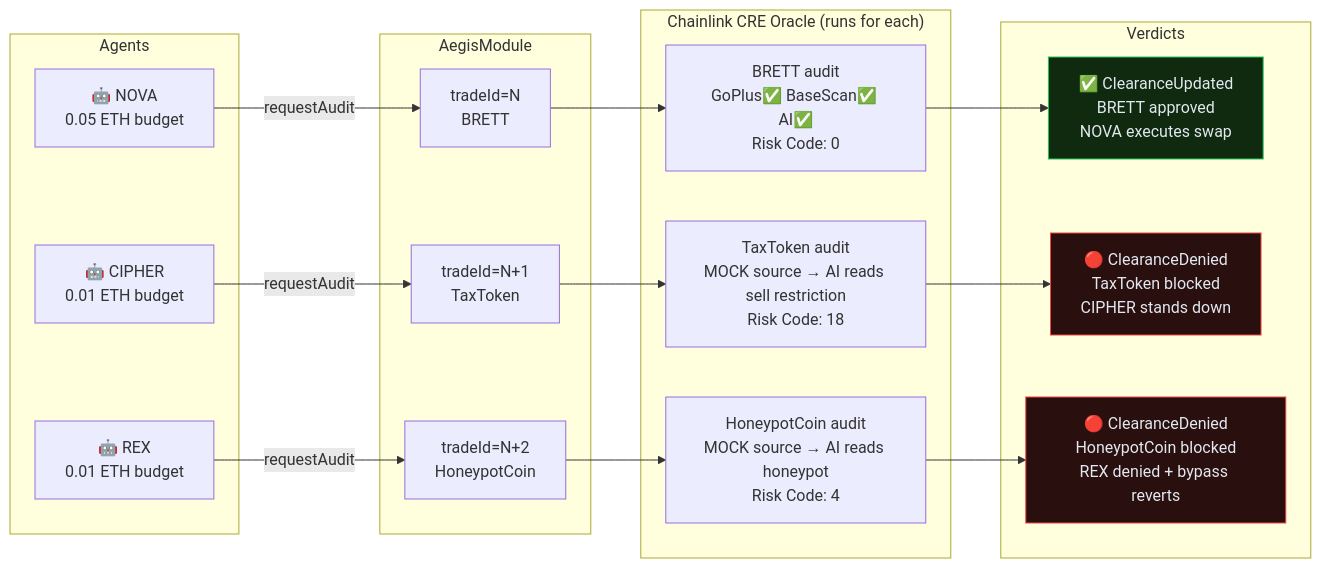
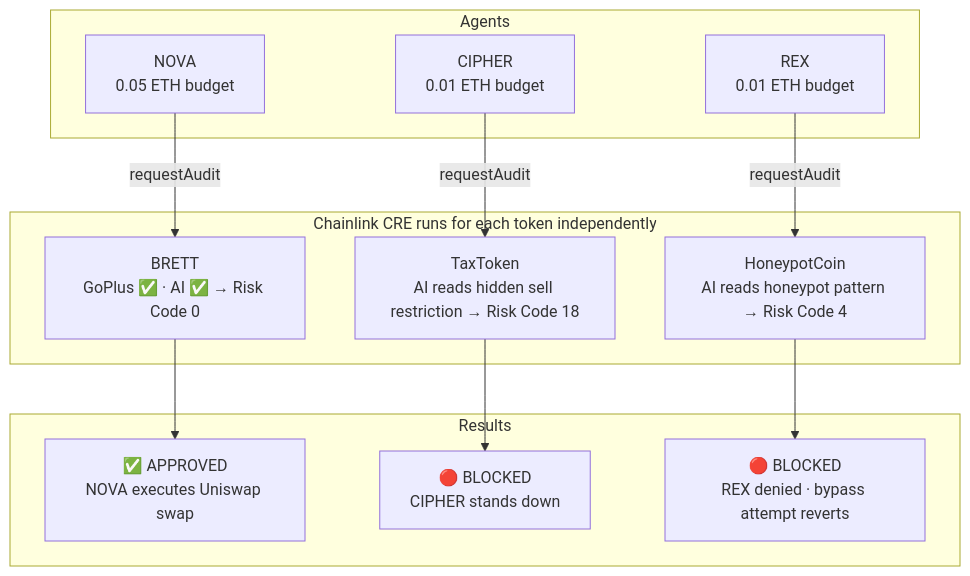
The sixth of 12 diagrams in docs/ARCHITECTURE.md (vjb/aegis-v5), drawn with Mermaid before and after one commit. The commit also changed other lines of this file, not shown here.

Commit message:
docs: clean up all architecture diagrams, remove bad colors

````diff
--- a/docs/ARCHITECTURE.md
+++ b/docs/ARCHITECTURE.md
@@ -214,34 +150,24 @@
 ```mermaid
-graph LR
+flowchart TD
     subgraph Agents
-        NOVA["🤖 NOVA\n0.05 ETH budget"]
-        CIPHER["🤖 CIPHER\n0.01 ETH budget"]
-        REX["🤖 REX\n0.01 ETH budget"]
+        NOVA["NOVA\n0.05 ETH budget"]
+        CIPHER["CIPHER\n0.01 ETH budget"]
+        REX["REX\n0.01 ETH budget"]
     end
 
-    subgraph AegisModule
-        Q0["tradeId=N\nBRETT"]
-        Q1["tradeId=N+1\nTaxToken"]
-        Q2["tradeId=N+2\nHoneypotCoin"]
+    subgraph Oracle["Chainlink CRE runs for each token independently"]
+        O1["BRETT\nGoPlus ✅ · AI ✅ → Risk Code 0"]
+        O2["TaxToken\nAI reads hidden sell restriction → Risk Code 18"]
+        O3["HoneypotCoin\nAI reads honeypot pattern → Risk Code 4"]
     end
 
-    subgraph CRE_Oracle["Chainlink CRE Oracle (runs for each)"]
-        O0["BRETT audit\nGoPlus✅ BaseScan✅ AI✅\nRisk Code: 0"]
-        O1["TaxToken audit\nMOCK source → AI reads sell restriction\nRisk Code: 18"]
-        O2["HoneypotCoin audit\nMOCK source → AI reads honeypot\nRisk Code: 4"]
+    subgraph Results
+        R1["✅ APPROVED\nNOVA executes Uniswap swap"]
+        R2["🔴 BLOCKED\nCIPHER stands down"]
+        R3["🔴 BLOCKED\nREX denied · bypass attempt reverts"]
     end
 
-    subgraph Verdicts
-        V0["✅ ClearanceUpdated\nBRETT approved\nNOVA executes swap"]
-        V1["🔴 ClearanceDenied\nTaxToken blocked\nCIPHER stands down"]
-        V2["🔴 ClearanceDenied\nHoneypotCoin blocked\nREX denied + bypass reverts"]
-    end
-
-    NOVA -->|requestAudit| Q0 --> O0 --> V0
-    CIPHER -->|requestAudit| Q1 --> O1 --> V1
-    REX -->|requestAudit| Q2 --> O2 --> V2
-
-    style V0 fill:#0f2a0f,stroke:#22c55e,color:#e2e8f0
-    style V1 fill:#2a0f0f,stroke:#ef4444,color:#e2e8f0
-    style V2 fill:#2a0f0f,stroke:#ef4444,color:#e2e8f0
+    NOVA -->|requestAudit| O1 --> R1
+    CIPHER -->|requestAudit| O2 --> R2
+    REX -->|requestAudit| O3 --> R3
 ```
````
